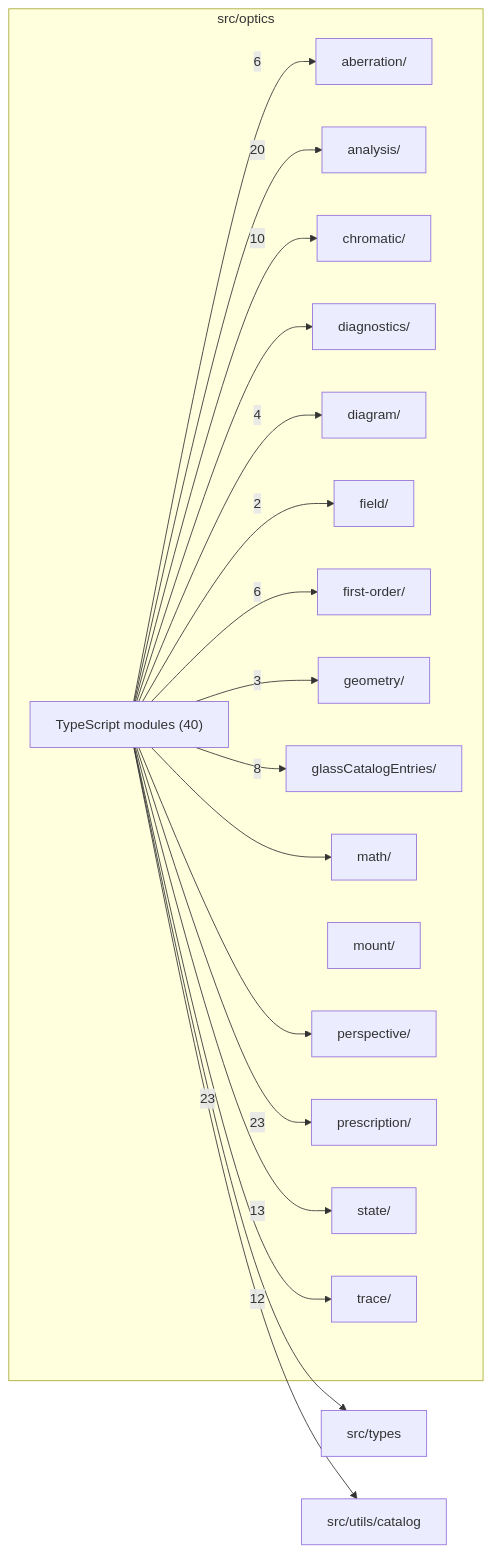
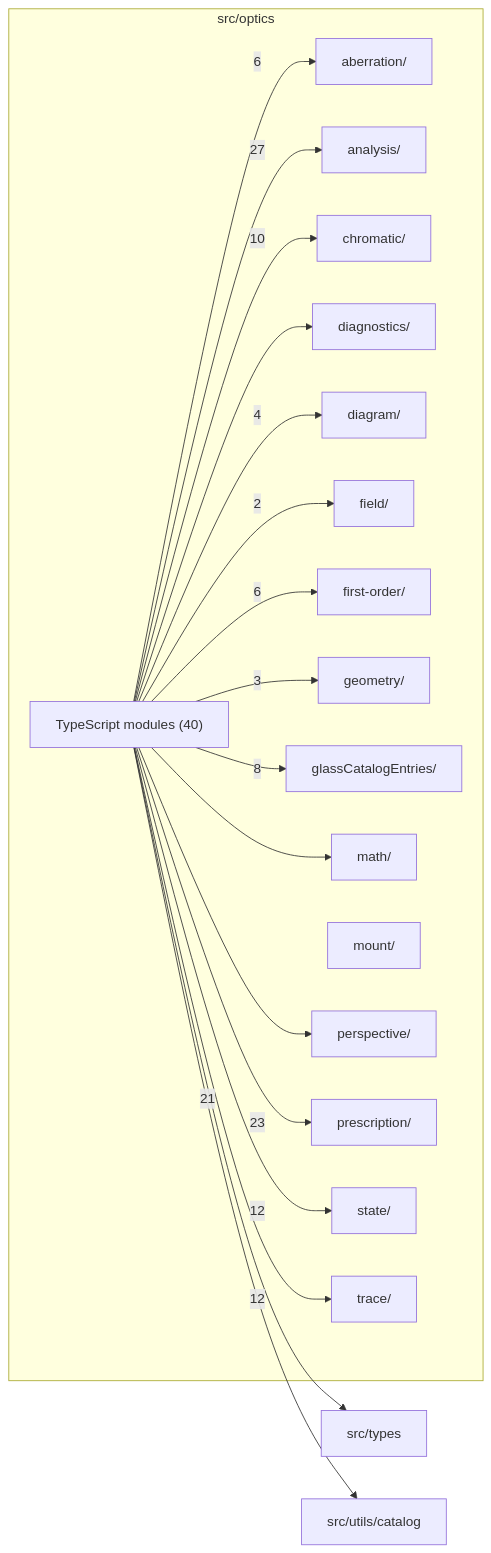
Before and after one commit to ronbuening/LensVisualizer: the diagram in src/optics/readme.md, drawn with Mermaid. The commit also changed other lines of this file and 51 other files, not shown here.

````diff
--- a/src/optics/readme.md
+++ b/src/optics/readme.md
@@ -9,39 +9,39 @@
 ```mermaid
 flowchart LR
   subgraph n_src_optics["src/optics"]
     n_src_optics_src_optics_aberration["aberration/"]
     n_src_optics_src_optics_analysis["analysis/"]
     n_src_optics_src_optics_chromatic["chromatic/"]
     n_src_optics_src_optics_diagnostics["diagnostics/"]
     n_src_optics_src_optics_diagram["diagram/"]
     n_src_optics_src_optics_field["field/"]
     n_src_optics_src_optics_first_order["first-order/"]
     n_src_optics_src_optics_geometry["geometry/"]
     n_src_optics_src_optics_glassCatalogEntries["glassCatalogEntries/"]
     n_src_optics_src_optics_math["math/"]
     n_src_optics_src_optics_mount["mount/"]
     n_src_optics_src_optics_perspective["perspective/"]
     n_src_optics_src_optics_prescription["prescription/"]
     n_src_optics_src_optics_state["state/"]
     n_src_optics_src_optics_trace["trace/"]
     n_src_optics_TypeScript_modules["TypeScript modules (40)"]
   end
   n_external_src_types["src/types"]
   n_external_src_utils_catalog["src/utils/catalog"]
-  n_src_optics_TypeScript_modules --> |23| n_external_src_types
+  n_src_optics_TypeScript_modules --> |27| n_src_optics_src_optics_analysis
   n_src_optics_TypeScript_modules --> |23| n_src_optics_src_optics_prescription
-  n_src_optics_TypeScript_modules --> |20| n_src_optics_src_optics_analysis
-  n_src_optics_TypeScript_modules --> |13| n_src_optics_src_optics_state
+  n_src_optics_TypeScript_modules --> |21| n_external_src_types
+  n_src_optics_TypeScript_modules --> |12| n_src_optics_src_optics_state
   n_src_optics_TypeScript_modules --> |12| n_src_optics_src_optics_trace
   n_src_optics_TypeScript_modules --> |10| n_src_optics_src_optics_chromatic
   n_src_optics_TypeScript_modules --> |8| n_src_optics_src_optics_glassCatalogEntries
   n_src_optics_TypeScript_modules --> |6| n_src_optics_src_optics_aberration
   n_src_optics_TypeScript_modules --> |6| n_src_optics_src_optics_first_order
   n_src_optics_TypeScript_modules --> |4| n_src_optics_src_optics_diagram
   n_src_optics_TypeScript_modules --> |3| n_src_optics_src_optics_geometry
   n_src_optics_TypeScript_modules --> |2| n_src_optics_src_optics_field
   n_src_optics_TypeScript_modules --> n_external_src_utils_catalog
   n_src_optics_TypeScript_modules --> n_src_optics_src_optics_diagnostics
   n_src_optics_TypeScript_modules --> n_src_optics_src_optics_math
   n_src_optics_TypeScript_modules --> n_src_optics_src_optics_perspective
 ```
````
